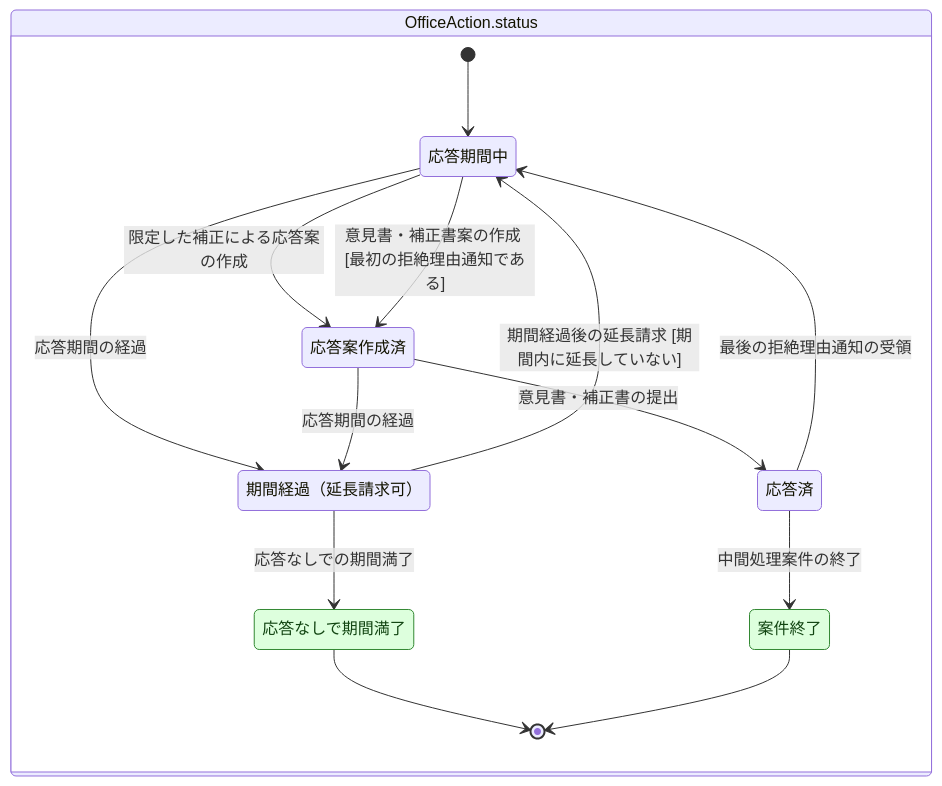
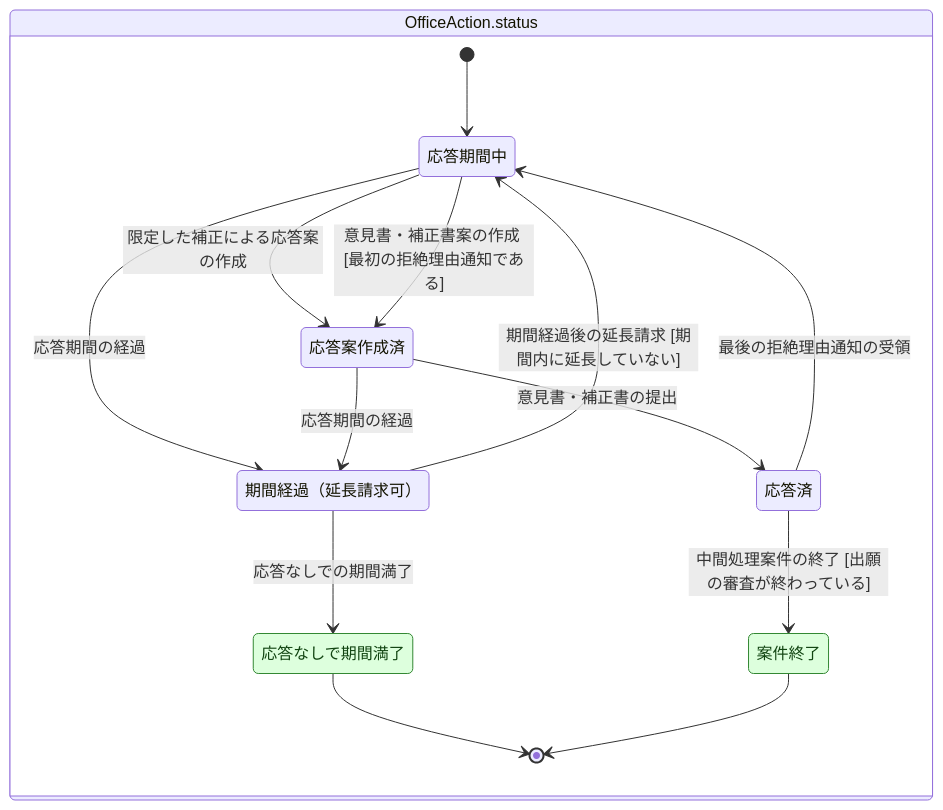
The diagram in samples/patent-ops/out/state/OfficeAction.mmd (manji-0/rdra-ish-dsl), drawn with Mermaid before and after one commit. The commit also changed 21 other files, not shown here.

```diff
--- a/samples/patent-ops/out/state/OfficeAction.mmd
+++ b/samples/patent-ops/out/state/OfficeAction.mmd
@@ -1,37 +1,37 @@
 %% rdra-ish diagram=state scope=entity:OfficeAction model=samples/patent-ops
 %% kinds: statemodel state usecase
 %% omitted: OfficeAction.kind Patent.last_payment (Enum without transitions)
 %% legend: stateunreachable = no reachable state holds it, statedeadlock = an instance cannot leave it, stateend = no transition out
 stateDiagram-v2
   state "OfficeAction.status" as statemodel__OfficeAction_status {
     [*] --> state__OfficeAction_open
     state "応答期間中" as state__OfficeAction_open
     state "応答案作成済" as state__OfficeAction_drafted
     state "期間経過（延長請求可）" as state__OfficeAction_overdue
     state "応答済" as state__OfficeAction_answered
     state "応答なしで期間満了" as state__OfficeAction_lapsed
     state "案件終了" as state__OfficeAction_closed
     %% transition usecase__DraftLimitedResponse
     state__OfficeAction_open --> state__OfficeAction_drafted : 限定した補正による応答案の作成
     %% transition usecase__DraftResponse
     state__OfficeAction_open --> state__OfficeAction_drafted : 意見書・補正書案の作成 [最初の拒絶理由通知である]
     %% transition usecase__ExpireResponseTerm
     state__OfficeAction_open --> state__OfficeAction_overdue : 応答期間の経過
     %% transition usecase__ExpireResponseTerm
     state__OfficeAction_drafted --> state__OfficeAction_overdue : 応答期間の経過
     %% transition usecase__FileResponse
     state__OfficeAction_drafted --> state__OfficeAction_answered : 意見書・補正書の提出
     %% transition usecase__RequestLateExtension
     state__OfficeAction_overdue --> state__OfficeAction_open : 期間経過後の延長請求 [期間内に延長していない]
     %% transition usecase__LapseResponse
     state__OfficeAction_overdue --> state__OfficeAction_lapsed : 応答なしでの期間満了
     %% transition usecase__ReceiveFinalOfficeAction
     state__OfficeAction_answered --> state__OfficeAction_open : 最後の拒絶理由通知の受領
     %% transition usecase__CloseOfficeActionDocket
-    state__OfficeAction_answered --> state__OfficeAction_closed : 中間処理案件の終了
+    state__OfficeAction_answered --> state__OfficeAction_closed : 中間処理案件の終了 [出願の審査が終わっている]
     state__OfficeAction_lapsed --> [*]
     state__OfficeAction_closed --> [*]
   }
   classDef stateend fill:#dfd,stroke:#383,color:#141
   class state__OfficeAction_lapsed stateend
   class state__OfficeAction_closed stateend
```
